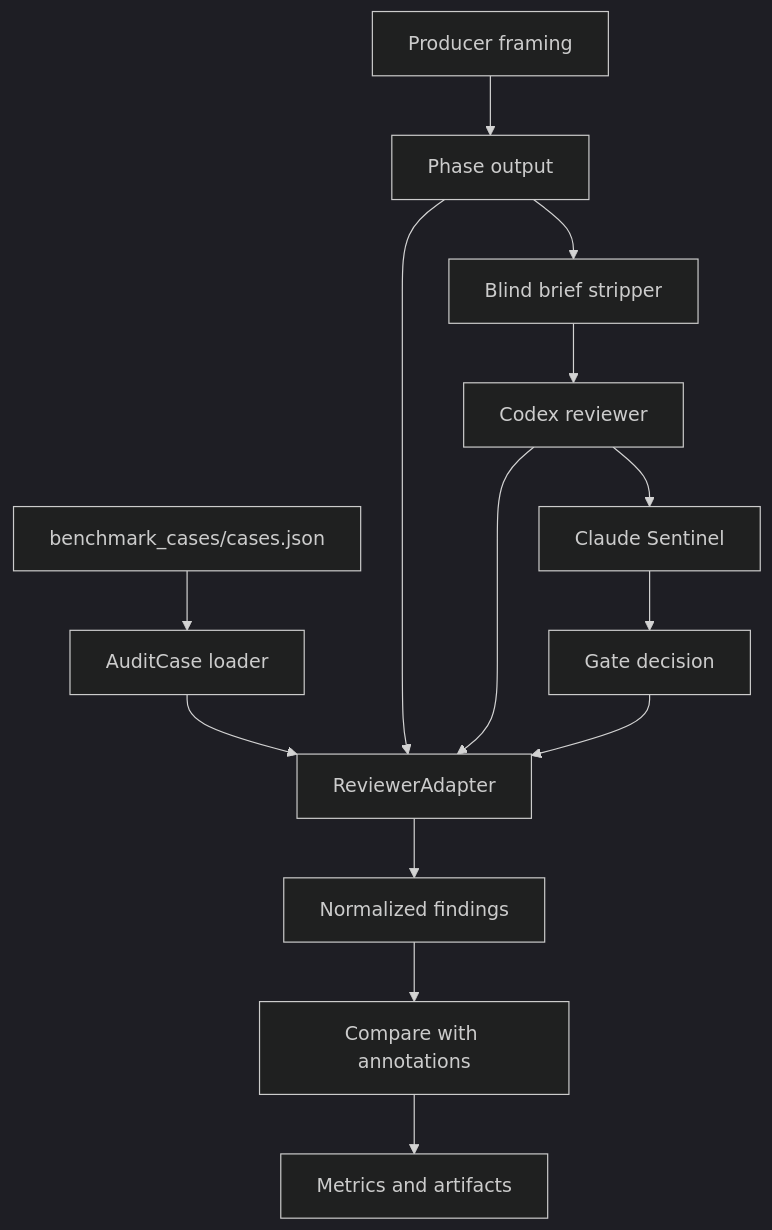
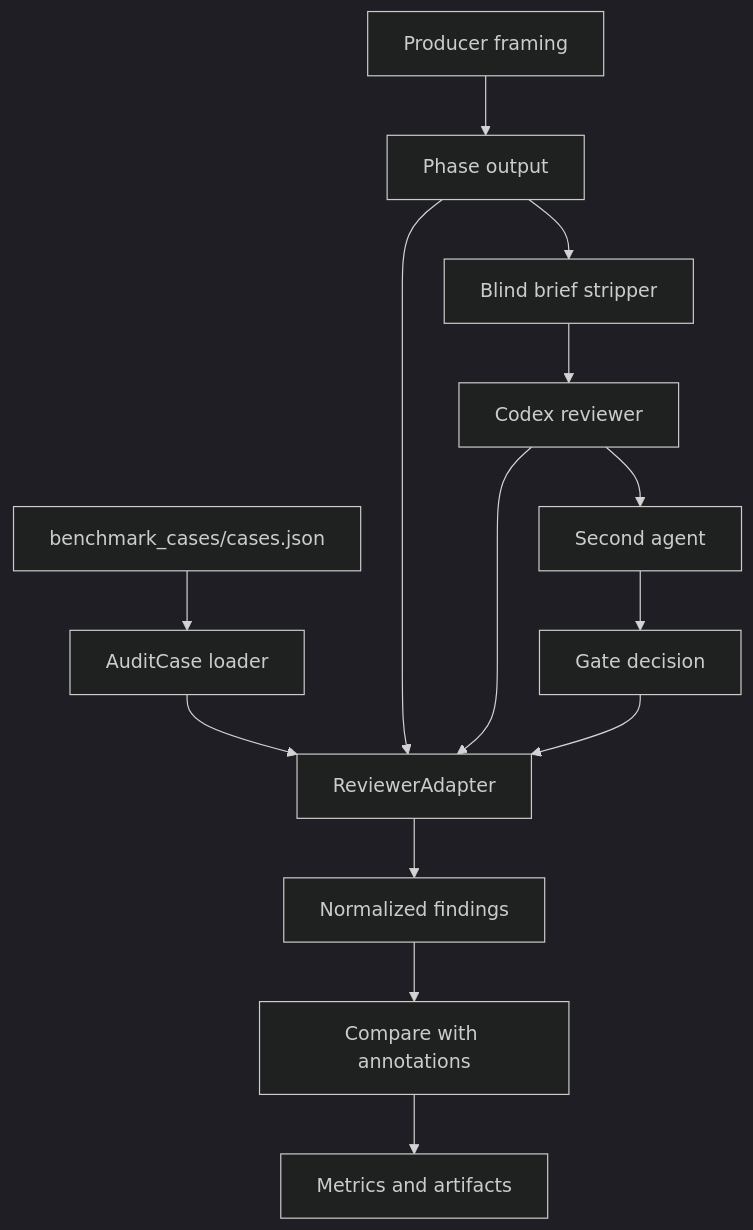
The diagram in docs/architecture.md (PrentendYan/genaiprj), drawn with Mermaid (dark theme) before and after one commit. The commit also changed other lines of this file and 15 other files, not shown here.

````diff
--- a/docs/architecture.md
+++ b/docs/architecture.md
@@ -11,18 +11,18 @@
 ```mermaid
 flowchart TD
     A["benchmark_cases/cases.json"] --> B["AuditCase loader"]
     B --> C["ReviewerAdapter"]
     C --> D["Normalized findings"]
     D --> E["Compare with annotations"]
     E --> F["Metrics and artifacts"]
 
     G["Producer framing"] --> H["Phase output"]
     H --> I["Blind brief stripper"]
     I --> J["Codex reviewer"]
-    J --> K["Claude Sentinel"]
+    J --> K["Second agent"]
     K --> L["Gate decision"]
 
     H --> C
     J --> C
     L --> C
 ```
````
